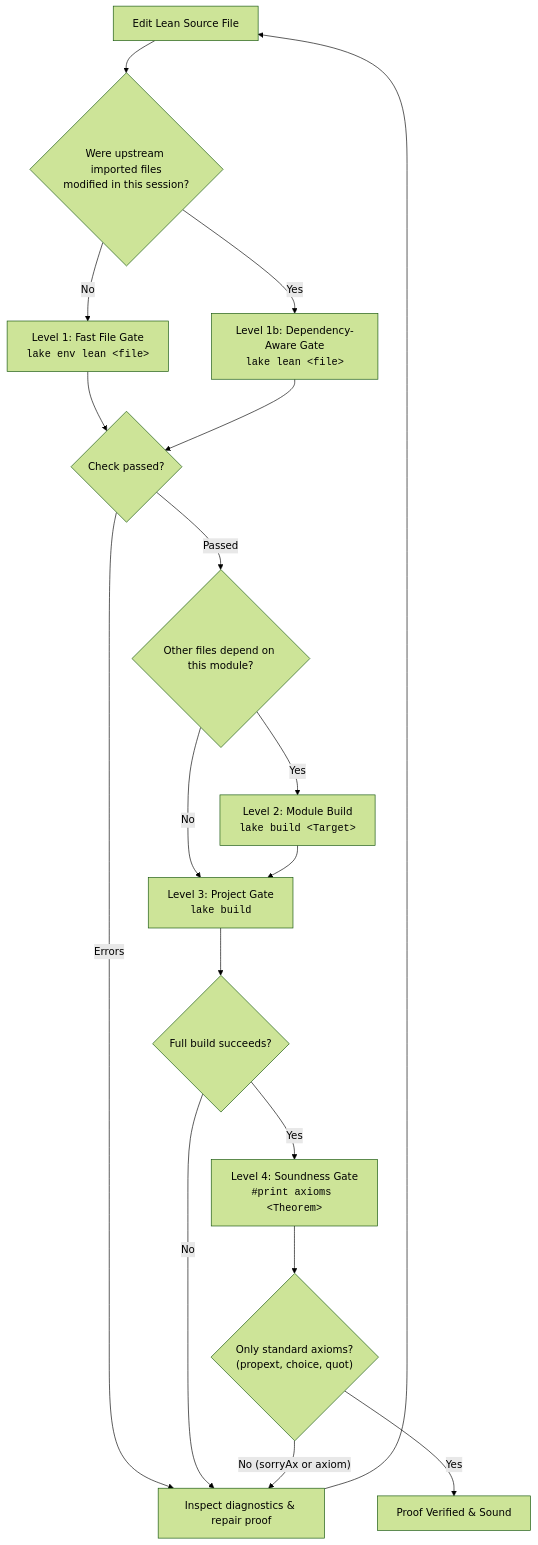
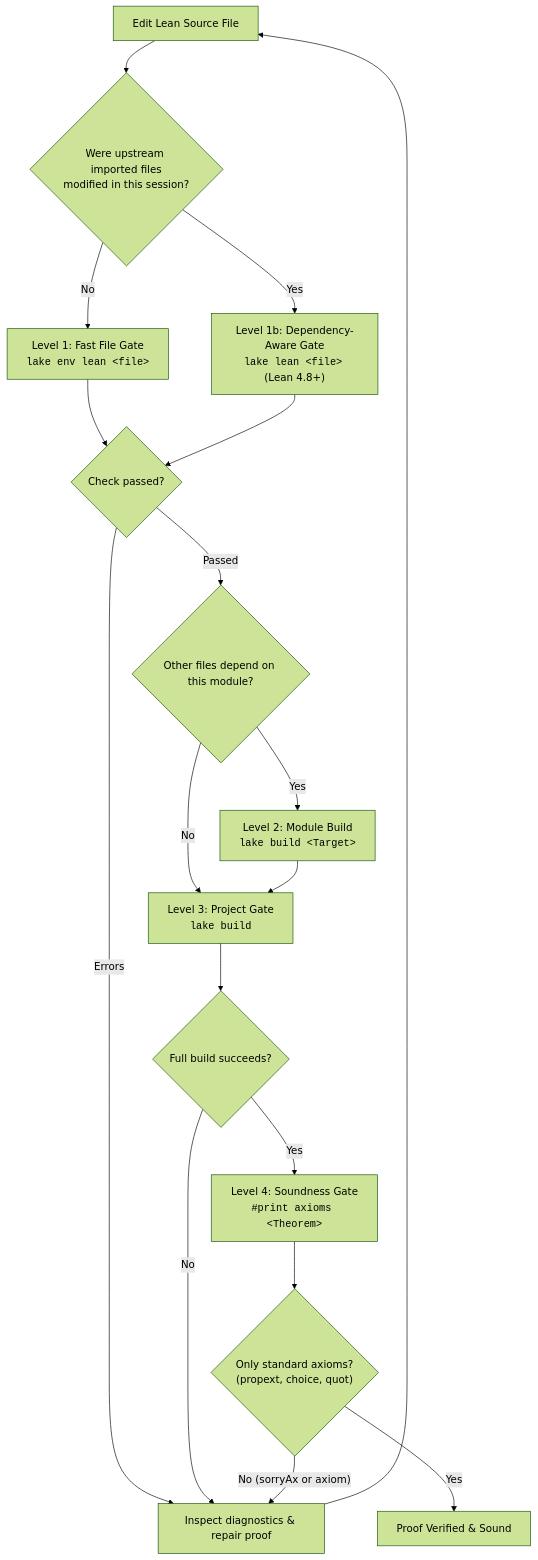
The diagram in skills/lean4-cli/SKILL.md (MI-1222/lean4-skills), drawn with Mermaid (forest theme) before and after one commit. The commit also changed other lines of this file and 17 other files, not shown here.

````diff
--- a/skills/lean4-cli/SKILL.md
+++ b/skills/lean4-cli/SKILL.md
@@ -115,20 +115,20 @@
 ```mermaid
 graph TD
     A["Edit Lean Source File"] --> B{"Were upstream imported files<br/>modified in this session?"}
     B -- "No" --> C["Level 1: Fast File Gate<br/><code>lake env lean &lt;file&gt;</code>"]
-    B -- "Yes" --> D["Level 1b: Dependency-Aware Gate<br/><code>lake lean &lt;file&gt;</code>"]
+    B -- "Yes" --> D["Level 1b: Dependency-Aware Gate<br/><code>lake lean &lt;file&gt;</code> (Lean 4.8+)"]
     C --> E{"Check passed?"}
     D --> E
     E -- "Errors" --> F["Inspect diagnostics & repair proof"]
     F --> A
     E -- "Passed" --> G{"Other files depend on this module?"}
     G -- "Yes" --> H["Level 2: Module Build<br/><code>lake build &lt;Target&gt;</code>"]
     G -- "No" --> I["Level 3: Project Gate<br/><code>lake build</code>"]
     H --> I
     I --> J{"Full build succeeds?"}
     J -- "No" --> F
     J -- "Yes" --> K["Level 4: Soundness Gate<br/><code>#print axioms &lt;Theorem&gt;</code>"]
     K --> L{"Only standard axioms?<br/>(propext, choice, quot)"}
     L -- "No (sorryAx or axiom)" --> F
     L -- "Yes" --> M["Proof Verified & Sound"]
 ```
````
